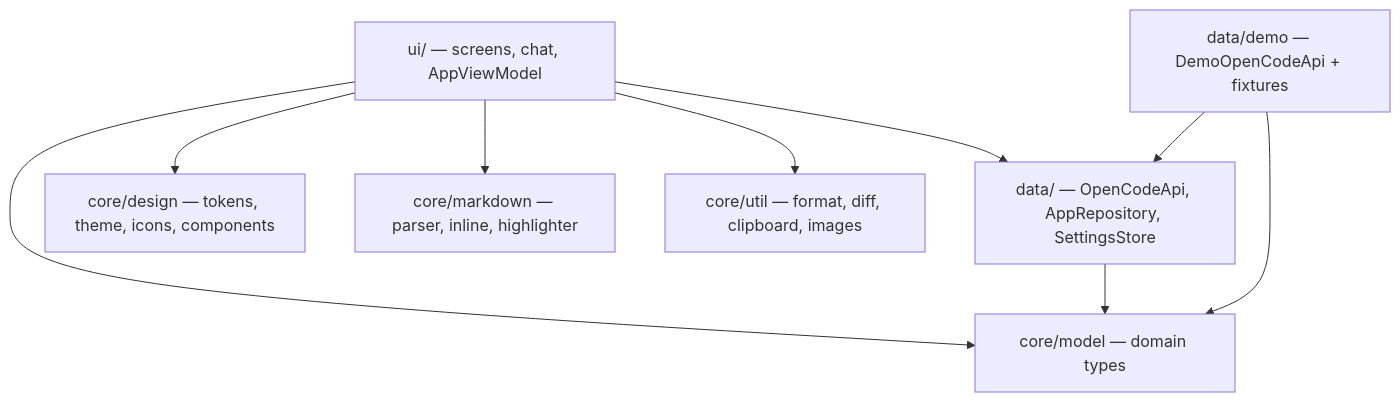
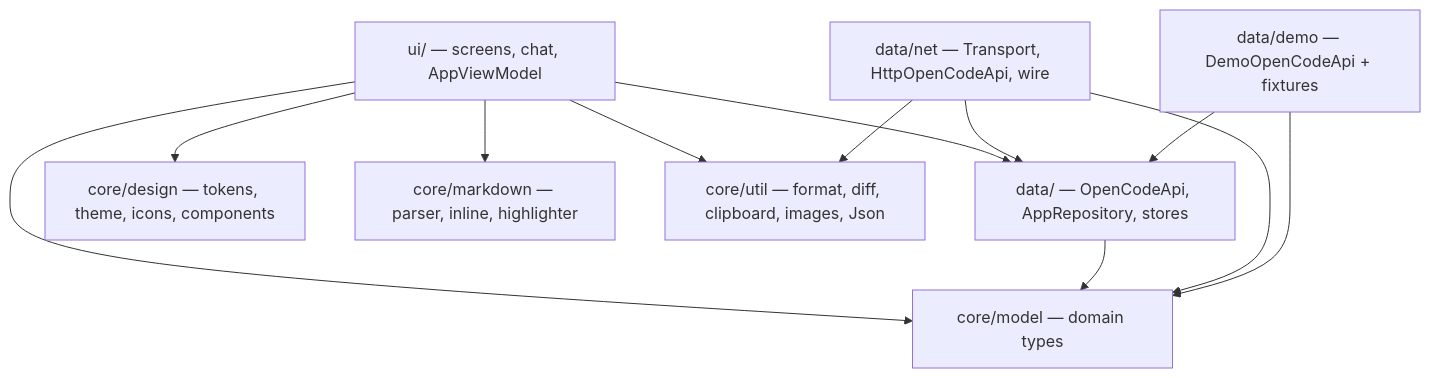
The diagram in ARCHITECTURE.md (mhs003/edgecode), drawn with Mermaid before and after one commit. The commit also changed other lines of this file and 1 other file, not shown here.

````diff
--- a/ARCHITECTURE.md
+++ b/ARCHITECTURE.md
@@ -25,19 +25,23 @@
 ```mermaid
 graph TD
     UI["ui/ — screens, chat, AppViewModel"]
     MODEL["core/model — domain types"]
-    DATA["data/ — OpenCodeApi, AppRepository, SettingsStore"]
+    DATA["data/ — OpenCodeApi, AppRepository, stores"]
+    NET["data/net — Transport, HttpOpenCodeApi, wire"]
     DEMO["data/demo — DemoOpenCodeApi + fixtures"]
     DESIGN["core/design — tokens, theme, icons, components"]
     MD["core/markdown — parser, inline, highlighter"]
-    UTIL["core/util — format, diff, clipboard, images"]
+    UTIL["core/util — format, diff, clipboard, images, Json"]
 
     UI --> MODEL
     UI --> DESIGN
     UI --> MD
     UI --> UTIL
     UI --> DATA
     DATA --> MODEL
+    NET --> DATA
+    NET --> MODEL
+    NET --> UTIL
     DEMO --> DATA
     DEMO --> MODEL
 ```
````
